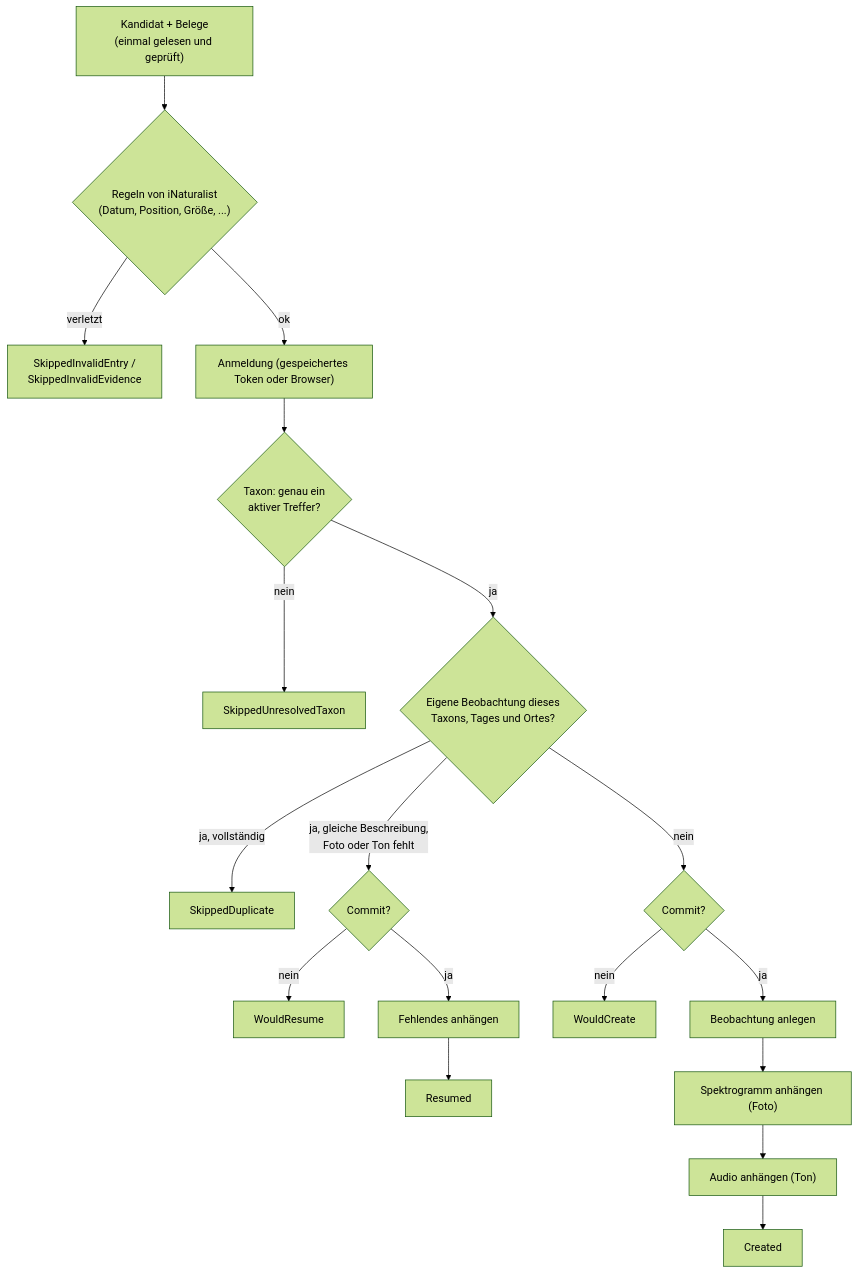
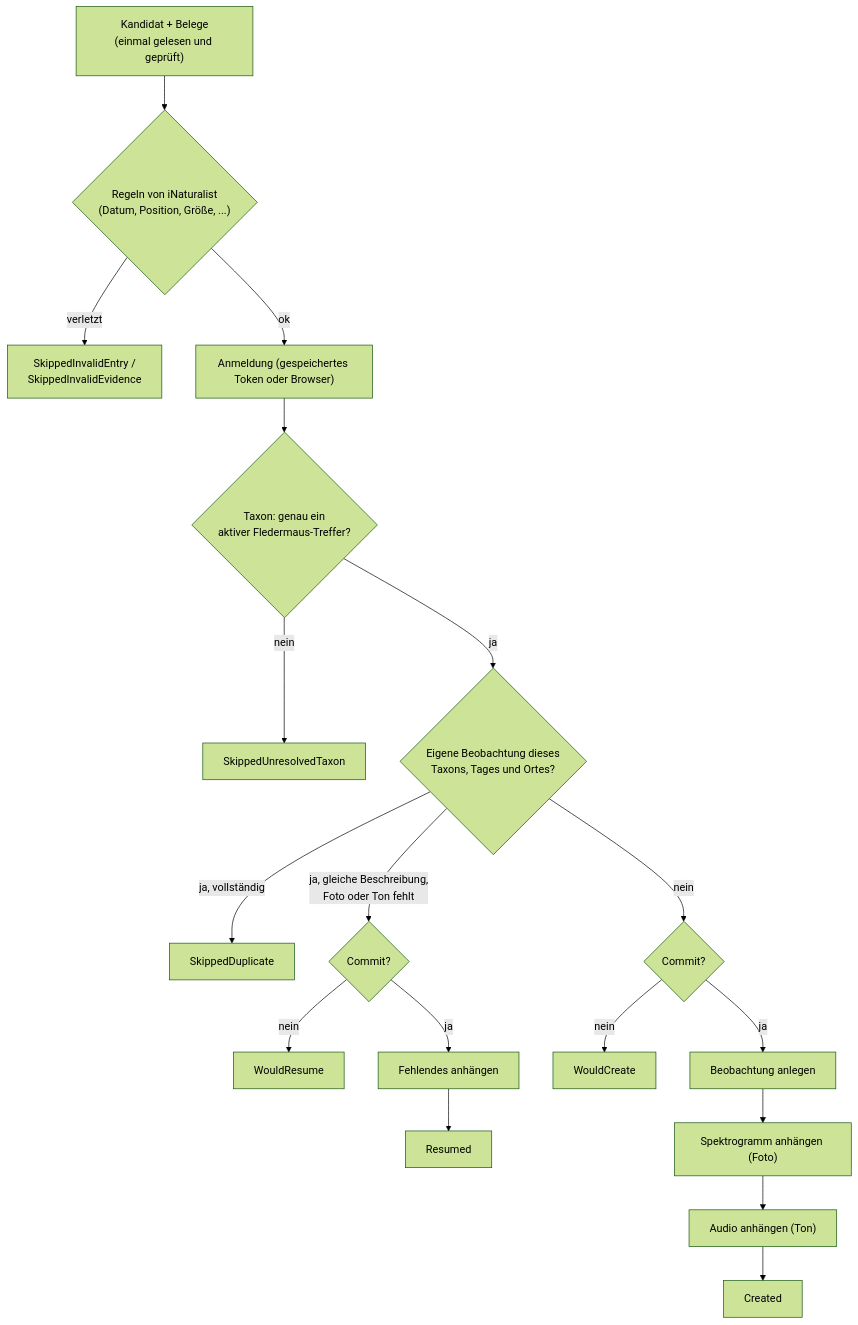
Before and after one commit to microglossum/batinspector-publisher: the diagram in docs/inaturalist.de.md, drawn with Mermaid (forest theme). The commit also changed other lines of this file and 27 other files, not shown here.

````diff
--- a/docs/inaturalist.de.md
+++ b/docs/inaturalist.de.md
@@ -15,20 +15,20 @@
 ```mermaid
 flowchart TD
     A["Kandidat + Belege<br/>(einmal gelesen und geprüft)"] --> B{"Regeln von iNaturalist<br/>(Datum, Position, Größe, ...)"}
     B -->|verletzt| S1["SkippedInvalidEntry /<br/>SkippedInvalidEvidence"]
     B -->|ok| C["Anmeldung (gespeichertes Token oder Browser)"]
-    C --> D{"Taxon: genau ein<br/>aktiver Treffer?"}
+    C --> D{"Taxon: genau ein<br/>aktiver Fledermaus-Treffer?"}
     D -->|nein| S2["SkippedUnresolvedTaxon"]
     D -->|ja| E{"Eigene Beobachtung dieses<br/>Taxons, Tages und Ortes?"}
     E -->|"ja, vollständig"| S3["SkippedDuplicate"]
     E -->|"ja, gleiche Beschreibung,<br/>Foto oder Ton fehlt"| G{"Commit?"}
     E -->|nein| H{"Commit?"}
     G -->|nein| W1["WouldResume"]
     G -->|ja| K["Fehlendes anhängen"]
     H -->|nein| W2["WouldCreate"]
     H -->|ja| I["Beobachtung anlegen"]
     I --> J["Spektrogramm anhängen (Foto)"]
     J --> K2["Audio anhängen (Ton)"]
     K --> R["Resumed"]
     K2 --> CR["Created"]
 ```
````
